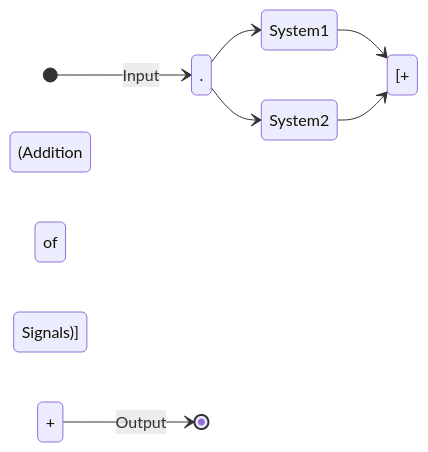
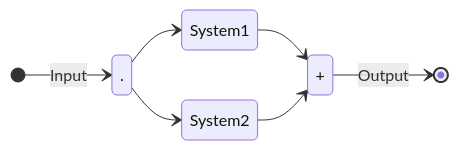
The fourth of 5 diagrams in courses/kutz/5/README.md (setrar/dsp), drawn with Mermaid before and after one commit. The commit also changed other lines of this file, not shown here.

````diff
--- a/courses/kutz/5/README.md
+++ b/courses/kutz/5/README.md
@@ -65,10 +65,10 @@
 ```mermaid
 stateDiagram-v2
     direction LR
     [*] --> . : Input
     . --> System1
     . --> System2
-    System1 --> [+ (Addition of Signals)]
-    System2 --> [+ (Addition of Signals)]
+    System1 --> +
+    System2 --> +
     + --> [*] : Output
 ```
````
